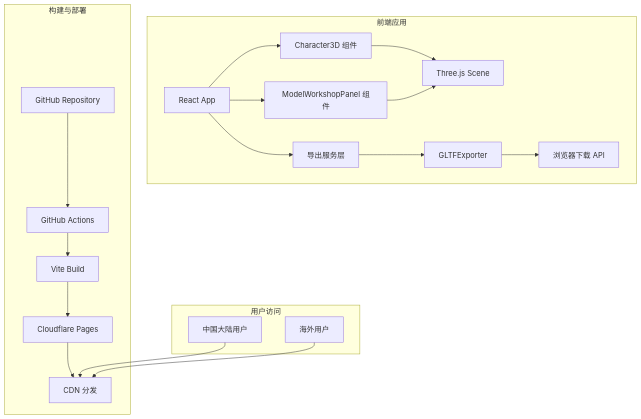
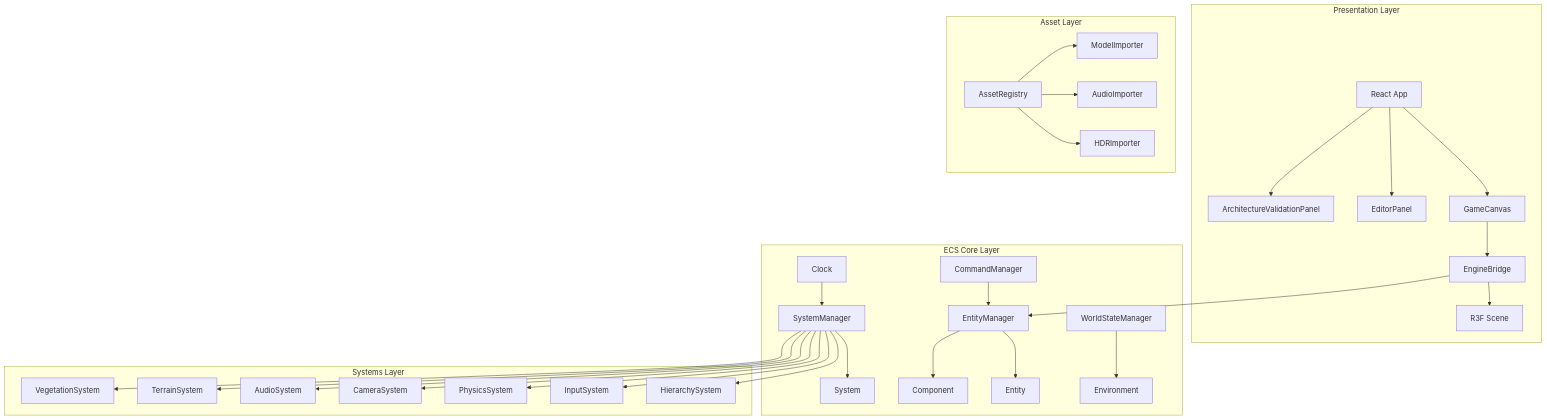
The diagram in docs/design.md (YUSHAN918/polyforge-engine), drawn with Mermaid before and after one commit. The commit also changed other lines of this file and 86 other files, not shown here.

````diff
--- a/docs/design.md
+++ b/docs/design.md
@@ -16,24 +27,48 @@
 ```mermaid
 graph TB
-    subgraph "前端应用"
-        A[React App] --> B[Character3D 组件]
-        A --> C[ModelWorkshopPanel 组件]
-        A --> D[导出服务层]
-        B --> E[Three.js Scene]
-        C --> E
-        D --> F[GLTFExporter]
-        F --> G[浏览器下载 API]
+    subgraph "Presentation Layer"
+        A[React App] --> B[GameCanvas]
+        A --> C[EditorPanel]
+        A --> D[ArchitectureValidationPanel]
+        B --> E[EngineBridge]
+        E --> F[R3F Scene]
     end
     
-    subgraph "构建与部署"
-        H[GitHub Repository] --> I[GitHub Actions]
-        I --> J[Vite Build]
-        J --> K[Cloudflare Pages]
-        K --> L[CDN 分发]
+    subgraph "ECS Core Layer"
+        G[EntityManager] --> H[Entity]
+        G --> I[Component]
+        J[SystemManager] --> K[System]
+        L[Clock] --> J
+        M[CommandManager] --> G
+        N[WorldStateManager] --> O[Environment]
     end
     
-    subgraph "用户访问"
-        M[中国大陆用户] --> L
-        N[海外用户] --> L
+    subgraph "Systems Layer"
+        P[HierarchySystem]
+        Q[InputSystem]
+        R[PhysicsSystem]
+        S[CameraSystem]
+        T[AudioSystem]
+        U[TerrainSystem]
+        V[VegetationSystem]
     end
+    
+    subgraph "Asset Layer"
+        W[AssetRegistry]
+        X[ModelImporter]
+        Y[AudioImporter]
+        Z[HDRImporter]
+    end
+    
+    E --> G
+    J --> P
+    J --> Q
+    J --> R
+    J --> S
+    J --> T
+    J --> U
+    J --> V
+    W --> X
+    W --> Y
+    W --> Z
 ```
````
